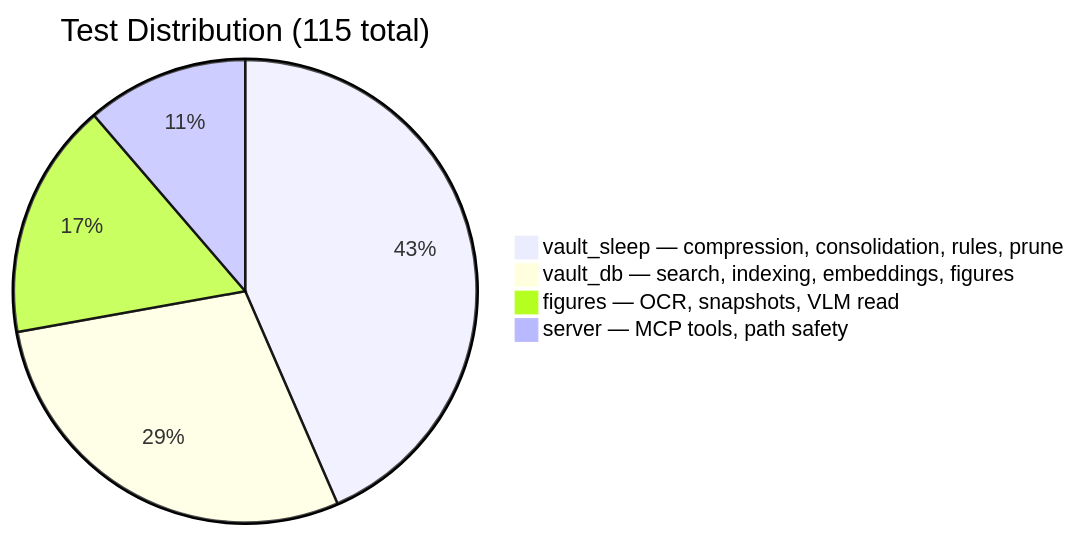
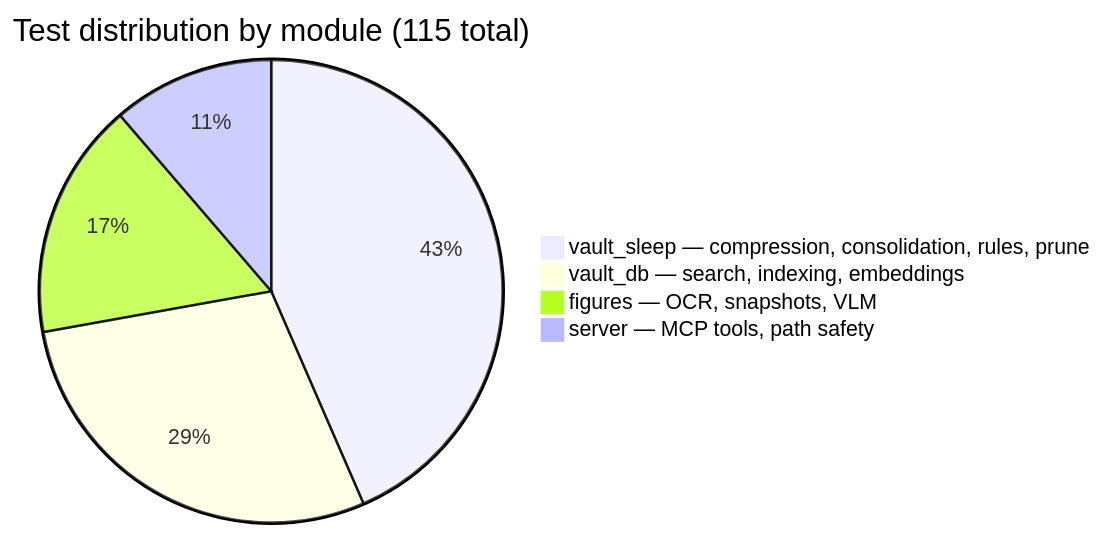
Before and after one commit to ddmanyes/second-brain-mcp: the third of 3 diagrams in README.md, drawn with Mermaid. The commit also changed other lines of this file, not shown here.

````diff
--- a/README.md
+++ b/README.md
@@ -284,7 +257,7 @@
 ```mermaid
-pie title Test Distribution (115 total)
+pie title Test distribution by module (115 total)
     "vault_sleep — compression, consolidation, rules, prune" : 50
-    "vault_db — search, indexing, embeddings, figures" : 33
-    "figures — OCR, snapshots, VLM read" : 19
+    "vault_db — search, indexing, embeddings" : 33
+    "figures — OCR, snapshots, VLM" : 19
     "server — MCP tools, path safety" : 13
 ```
````
